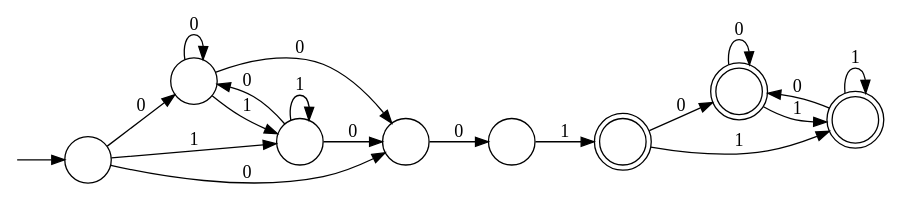
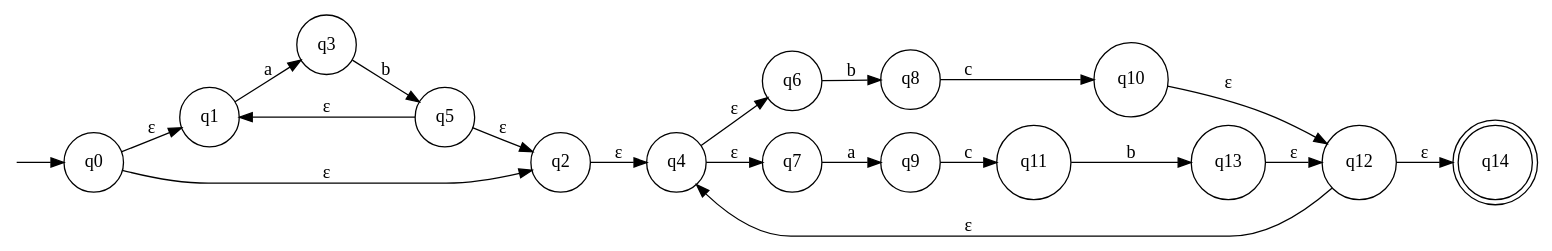
Before and after one commit to water-mizuu/finite_automata_conversion: the diagram in nfa_e.dot, drawn with Graphviz. The commit also changed 11 other files, not shown here.

```diff
--- a/nfa_e.dot
+++ b/nfa_e.dot
@@ -1,30 +1,38 @@
 digraph G {
   rankdir=LR;
   n__ [label="" shape=none width=.0];
-  0 [shape=circle label=""]
-  1 [shape=circle label=""]
-  2 [shape=circle label=""]
-  3 [shape=circle label=""]
-  4 [shape=circle label=""]
-  5 [shape=doublecircle label=""]
-  6 [shape=doublecircle label=""]
-  7 [shape=doublecircle label=""]
+  0 [shape=circle label="q0"]
+  2 [shape=circle label="q1"]
+  4 [shape=circle label="q3"]
+  5 [shape=circle label="q5"]
+  6 [shape=circle label="q2"]
+  7 [shape=doublecircle label="q14"]
+  8 [shape=circle label="q4"]
+  9 [shape=circle label="q12"]
+  10 [shape=circle label="q6"]
+  12 [shape=circle label="q8"]
+  13 [shape=circle label="q10"]
+  14 [shape=circle label="q7"]
+  16 [shape=circle label="q9"]
+  18 [shape=circle label="q11"]
+  19 [shape=circle label="q13"]
   n__ -> 0;
-  0 -> 1 [label="0"]
-  0 -> 3 [label="0"]
-  0 -> 2 [label="1"]
-  1 -> 1 [label="0"]
-  1 -> 3 [label="0"]
-  1 -> 2 [label="1"]
-  2 -> 1 [label="0"]
-  2 -> 3 [label="0"]
-  2 -> 2 [label="1"]
-  3 -> 4 [label="0"]
-  4 -> 5 [label="1"]
-  5 -> 6 [label="0"]
-  5 -> 7 [label="1"]
-  6 -> 6 [label="0"]
-  6 -> 7 [label="1"]
-  7 -> 6 [label="0"]
-  7 -> 7 [label="1"]
+  2 -> 4 [label="a"]
+  4 -> 5 [label="b"]
+  0 -> 2 [label="ε"]
+  0 -> 6 [label="ε"]
+  5 -> 2 [label="ε"]
+  5 -> 6 [label="ε"]
+  10 -> 12 [label="b"]
+  12 -> 13 [label="c"]
+  14 -> 16 [label="a"]
+  16 -> 18 [label="c"]
+  18 -> 19 [label="b"]
+  8 -> 10 [label="ε"]
+  8 -> 14 [label="ε"]
+  13 -> 9 [label="ε"]
+  19 -> 9 [label="ε"]
+  6 -> 8 [label="ε"]
+  9 -> 8 [label="ε"]
+  9 -> 7 [label="ε"]
 }
```
